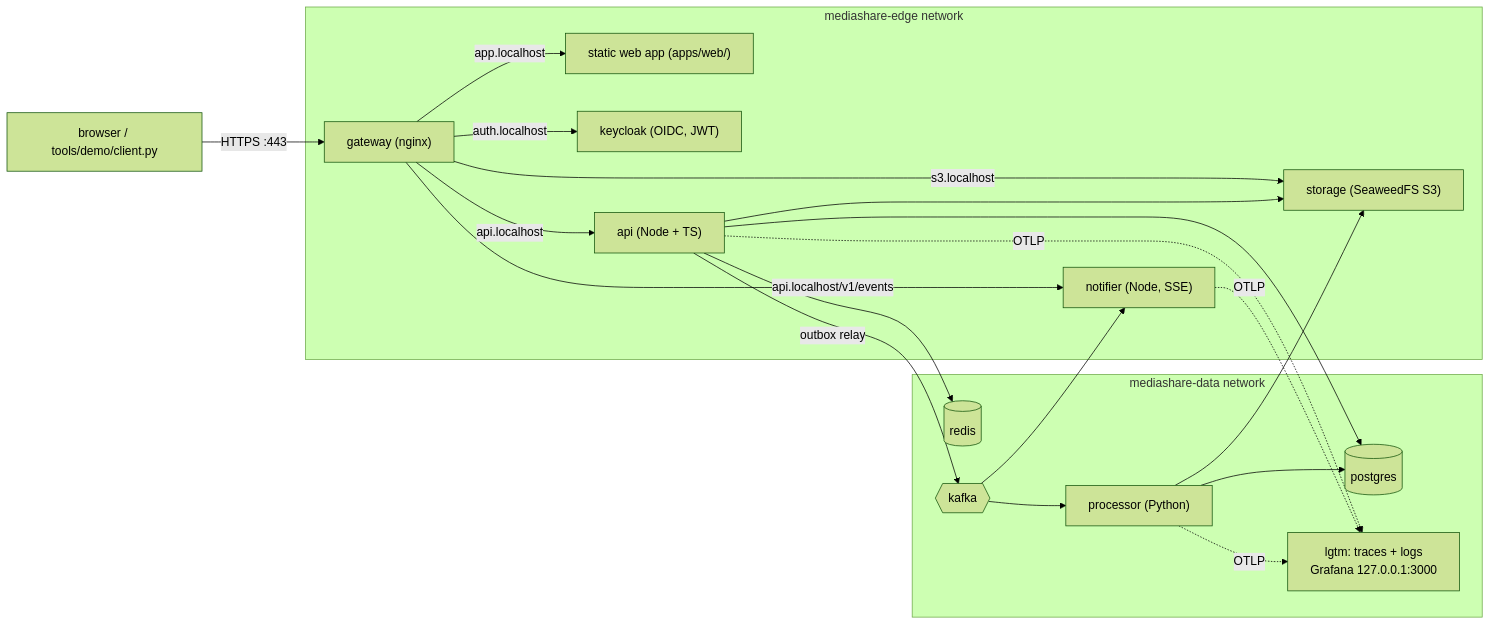
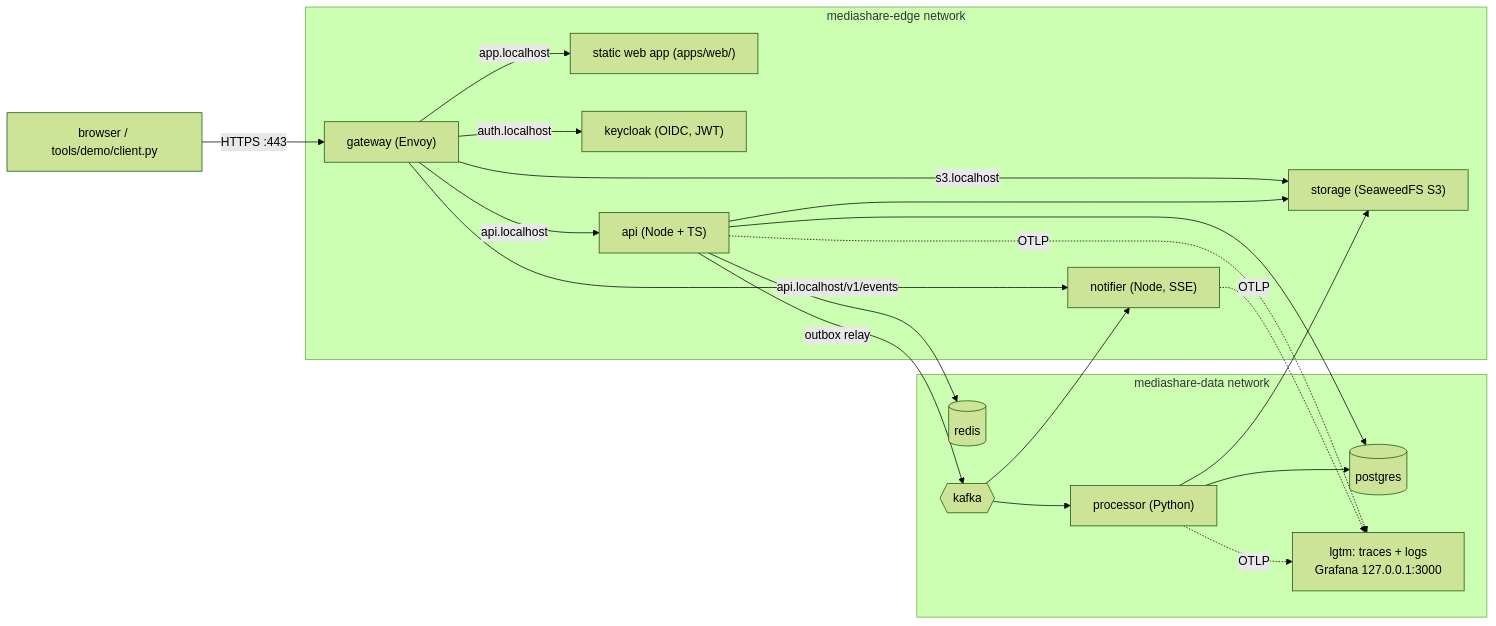
The first of 4 diagrams in docs/ARCHITECTURE.md (taraskhvyl/distributed-systems), drawn with Mermaid (forest theme) before and after one commit. The commit also changed other lines of this file and 10 other files, not shown here.

First line of the commit message:
feat(gateway): replace nginx with Envoy (parity), global per-IP rate limit

````diff
--- a/docs/ARCHITECTURE.md
+++ b/docs/ARCHITECTURE.md
@@ -8,38 +8,38 @@
 ```mermaid
 flowchart LR
   browser["browser / tools/demo/client.py"] -- "HTTPS :443" --> gateway
 
   subgraph edge["mediashare-edge network"]
-    gateway["gateway (nginx)"]
+    gateway["gateway (Envoy)"]
     web["static web app (apps/web/)"]
     keycloak["keycloak (OIDC, JWT)"]
     api["api (Node + TS)"]
     notifier["notifier (Node, SSE)"]
     storage["storage (SeaweedFS S3)"]
     gateway -- "app.localhost" --> web
     gateway -- "auth.localhost" --> keycloak
     gateway -- "api.localhost" --> api
     gateway -- "api.localhost/v1/events" --> notifier
     gateway -- "s3.localhost" --> storage
   end
 
   subgraph data["mediashare-data network"]
     postgres[(postgres)]
     redis[(redis)]
     kafka{{kafka}}
     processor["processor (Python)"]
     lgtm["lgtm: traces + logs<br/>Grafana 127.0.0.1:3000"]
   end
 
   api --> postgres
   api --> redis
   api -- "outbox relay" --> kafka
   kafka --> processor
   kafka --> notifier
   processor --> postgres
   processor --> storage
   api --> storage
   api -. OTLP .-> lgtm
   notifier -. OTLP .-> lgtm
   processor -. OTLP .-> lgtm
 ```
````
